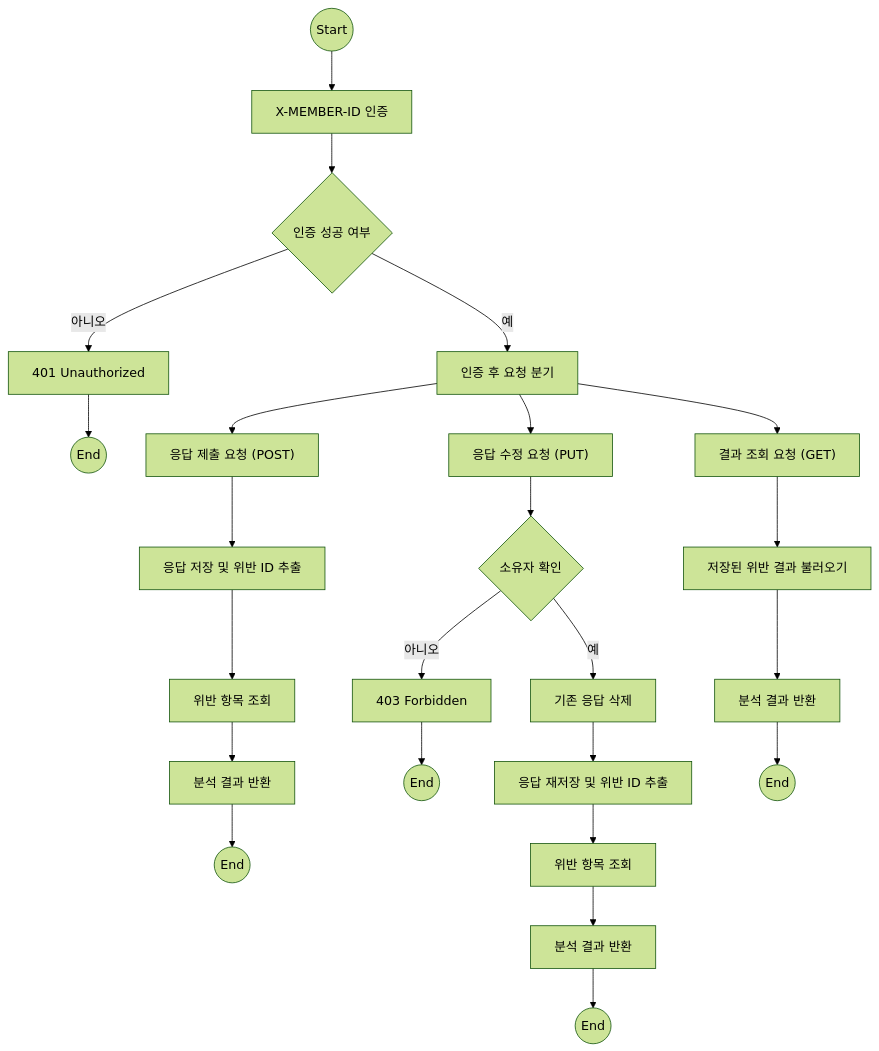
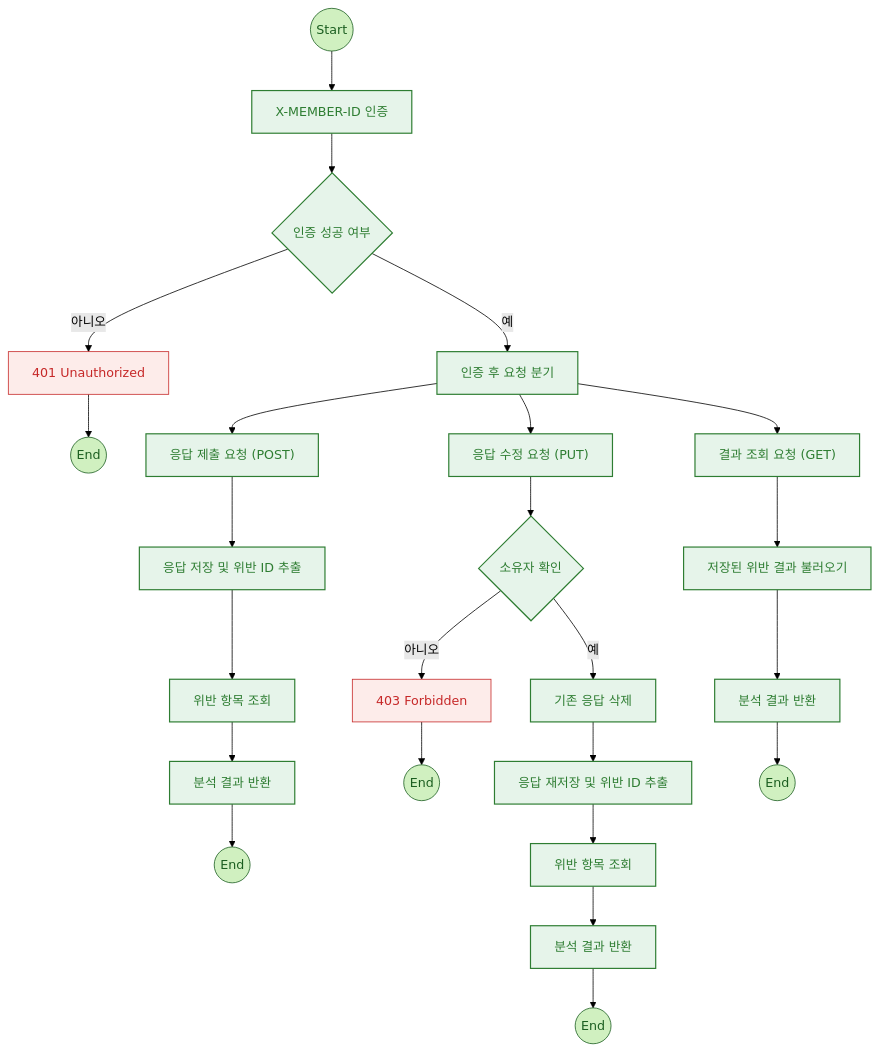
The diagram in README.md (NextSpringMysqlMSA/csdd-service), drawn with Mermaid (forest theme) before and after one commit.

````diff
--- a/README.md
+++ b/README.md
@@ -1,33 +1,43 @@
 ```mermaid
 flowchart TD
 
 %% ───── 공통: 인증 블록 ─────
     Start((Start))
     Start --> Auth["X-MEMBER-ID 인증"]
     Auth --> AuthCheck{"인증 성공 여부"}
     AuthCheck -- "아니오" --> Error401["401 Unauthorized"] --> End1((End))
     AuthCheck -- "예" --> Router["인증 후 요청 분기"]
 
 %% ───── 응답 제출 흐름 ─────
     Router --> PostReq["응답 제출 요청 (POST)"]
     PostReq --> SaveAns["응답 저장 및 위반 ID 추출"]
     SaveAns --> FindViol["위반 항목 조회"]
     FindViol --> PostResp["분석 결과 반환"]
     PostResp --> End2((End))
 
 %% ───── 응답 수정 흐름 ─────
     Router --> PutReq["응답 수정 요청 (PUT)"]
     PutReq --> CheckOwner{"소유자 확인"}
     CheckOwner -- "아니오" --> Error403["403 Forbidden"] --> End3((End))
     CheckOwner -- "예" --> DeleteOld["기존 응답 삭제"]
     DeleteOld --> SaveNew["응답 재저장 및 위반 ID 추출"]
     SaveNew --> FindViol2["위반 항목 조회"]
     FindViol2 --> PutResp["분석 결과 반환"]
     PutResp --> End4((End))
 
 %% ───── 결과 조회 흐름 ─────
     Router --> GetReq["결과 조회 요청 (GET)"]
     GetReq --> LoadStored["저장된 위반 결과 불러오기"]
     LoadStored --> GetResp["분석 결과 반환"]
     GetResp --> End5((End))
+
+%% ───── 스타일 정의 ─────
+    classDef forest fill:#e6f4ea,stroke:#2e7d32,stroke-width:1.5px,color:#2e7d32;
+    classDef terminal fill:#d0f0c0,stroke:#1b5e20,color:#1b5e20;
+    classDef error fill:#fdecea,stroke:#c62828,color:#c62828;
+
+%% ───── 클래스 적용 ─────
+    class Start,End1,End2,End3,End4,End5 terminal;
+    class Auth,AuthCheck,Router,PostReq,SaveAns,FindViol,PostResp,PutReq,CheckOwner,DeleteOld,SaveNew,FindViol2,PutResp,GetReq,LoadStored,GetResp forest;
+    class Error401,Error403 error;
 ```
````
